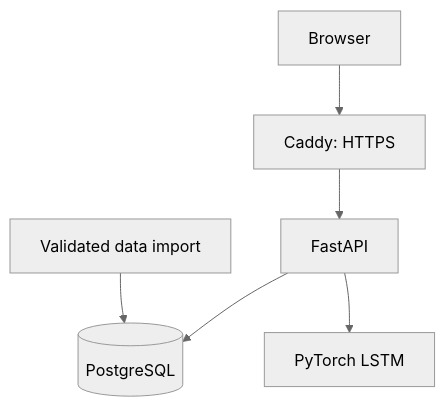
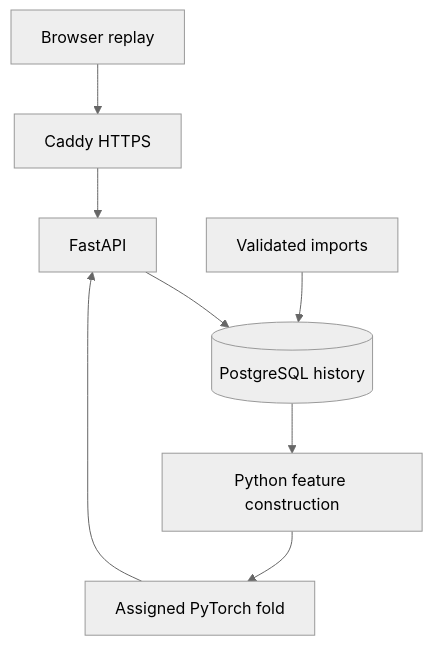
The diagram in README.md (kmutlu21/decision-lab), drawn with Mermaid (neutral theme) before and after one commit. The commit also changed other lines of this file and 39 other files, not shown here.

````diff
--- a/README.md
+++ b/README.md
@@ -47,8 +26,10 @@
 ```mermaid
 flowchart TD
-    Browser[Browser] --> Caddy[Caddy: HTTPS]
+    Browser[Browser replay] --> Caddy[Caddy HTTPS]
     Caddy --> API[FastAPI]
-    API --> DB[(PostgreSQL)]
-    API --> Model[PyTorch LSTM]
-    Import[Validated data import] --> DB
+    API --> SQL[(PostgreSQL history)]
+    SQL --> Features[Python feature construction]
+    Features --> Model[Assigned PyTorch fold]
+    Model --> API
+    Imports[Validated imports] --> SQL
 ```
````
